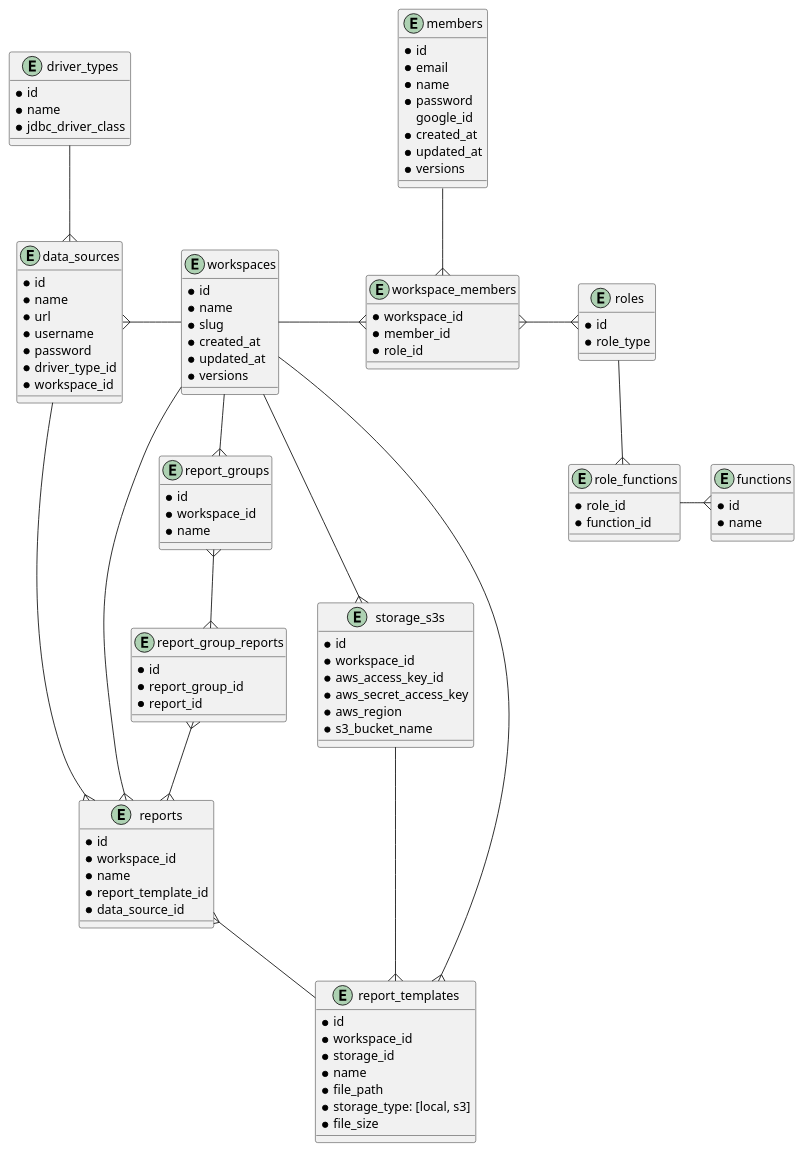
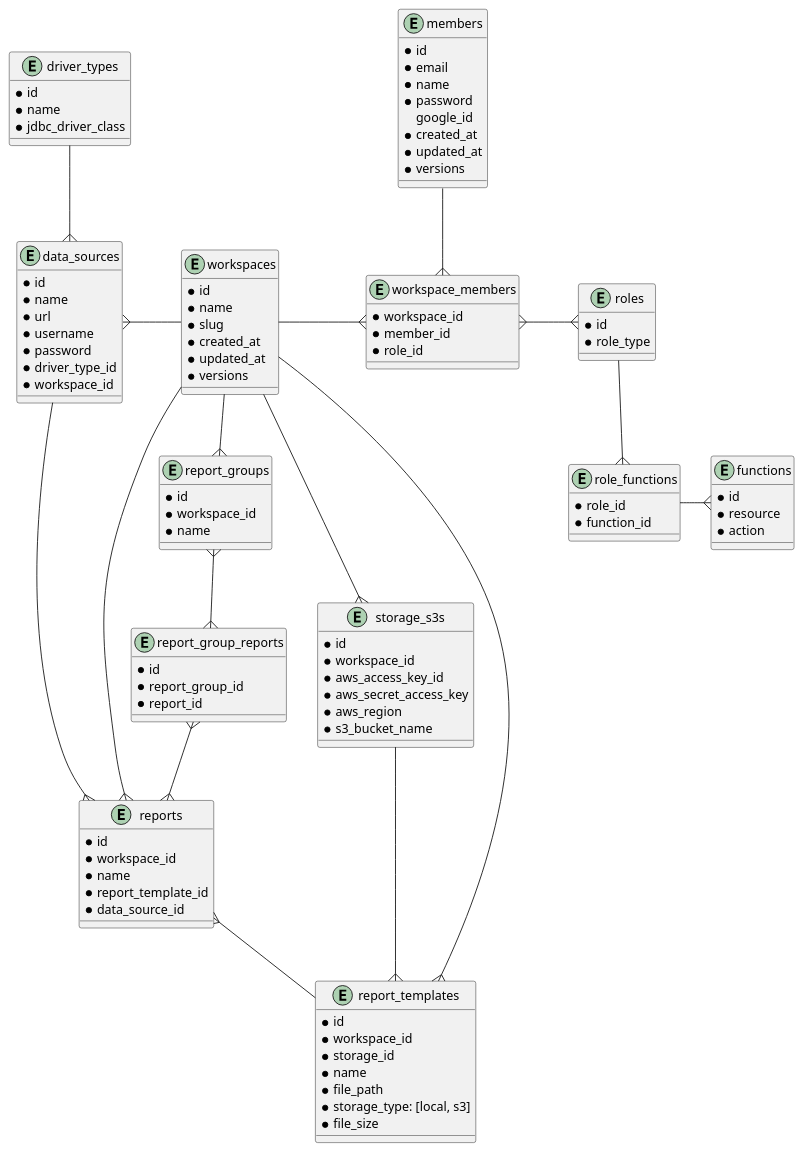
One commit to ijufumi/openreports-api changed the diagram in docs/db/diagram.puml. Above: the diagram before and after it, drawn with PlantUML.

Commit message:
feat: update functions ERD

```diff
--- a/docs/db/diagram.puml
+++ b/docs/db/diagram.puml
@@ -1,116 +1,117 @@
 @startuml
 
 entity members {
   * id
   * email
   * name
   * password
     google_id
   * created_at
   * updated_at
   * versions
 }
 
 entity workspaces {
   * id
   * name
   * slug
   * created_at
   * updated_at
   * versions
 }
 
 entity workspace_members {
   * workspace_id
   * member_id
   * role_id
 }
 
 entity roles {
   * id
   * role_type
 }
 
 entity functions {
   * id
-  * name
+  * resource
+  * action
 }
 
 entity role_functions {
   * role_id
   * function_id
 }
 
 entity data_sources {
   * id
   * name
   * url
   * username
   * password
   * driver_type_id
   * workspace_id
 }
 
 entity driver_types {
   * id
   * name
   * jdbc_driver_class
 }
 
 entity reports {
   * id
   * workspace_id
   * name
   * report_template_id
   * data_source_id
 }
 
 entity report_templates {
   * id
   * workspace_id
   * storage_id
   * name
   * file_path
   * storage_type: [local, s3]
   * file_size
 }
 
 entity report_groups {
   * id
   * workspace_id
   * name
 }
 
 entity report_group_reports {
   * id
   * report_group_id
   * report_id
 }
 
 entity storage_s3s {
   * id
   * workspace_id
   * aws_access_key_id
   * aws_secret_access_key
   * aws_region
   * s3_bucket_name
 }
 
 workspaces --r{ workspace_members
 workspace_members }--u members
 workspace_members }--r{ roles
 roles --{ role_functions
 role_functions --r{ functions
 workspaces --l{ data_sources
 workspaces --{ reports
 workspaces --{ report_templates
 workspaces --{ report_groups
 reports }-- report_templates
 report_groups }--{ report_group_reports
 report_group_reports }--{ reports
 driver_types --{ data_sources
 data_sources --{ reports
 workspaces --r{ storage_s3s
 storage_s3s --{ report_templates
 
 @enduml
```
